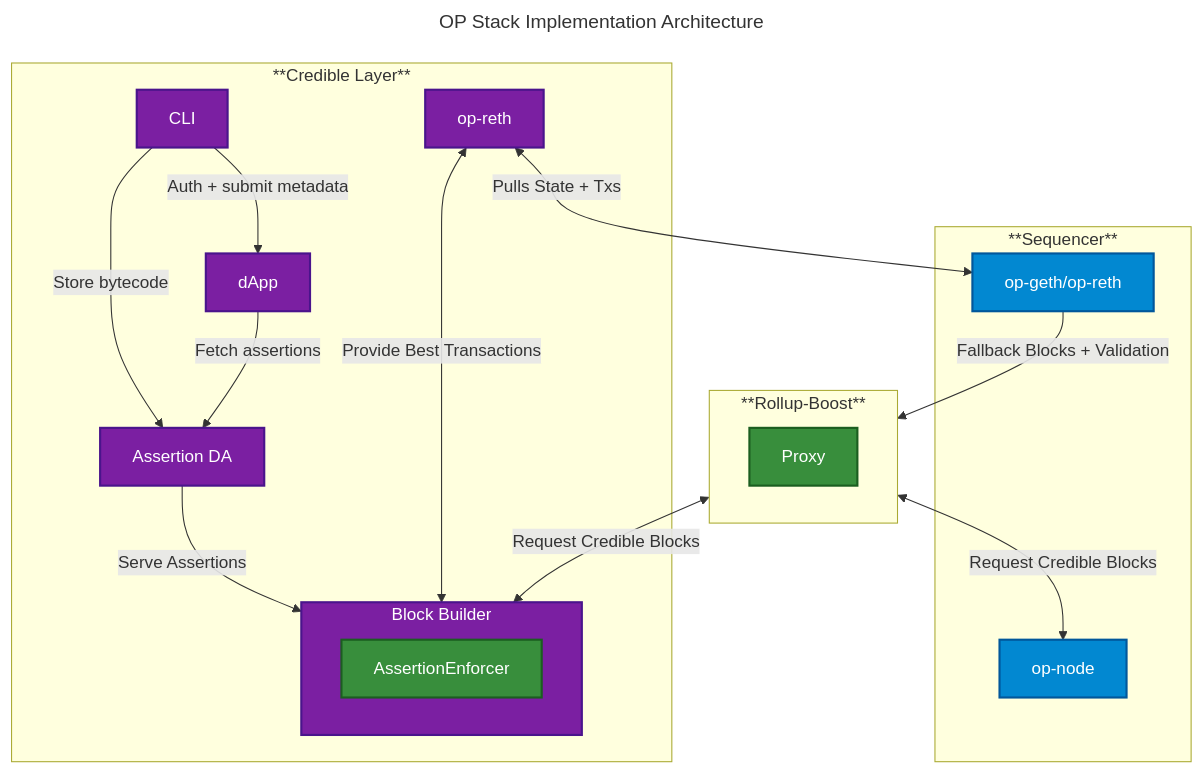
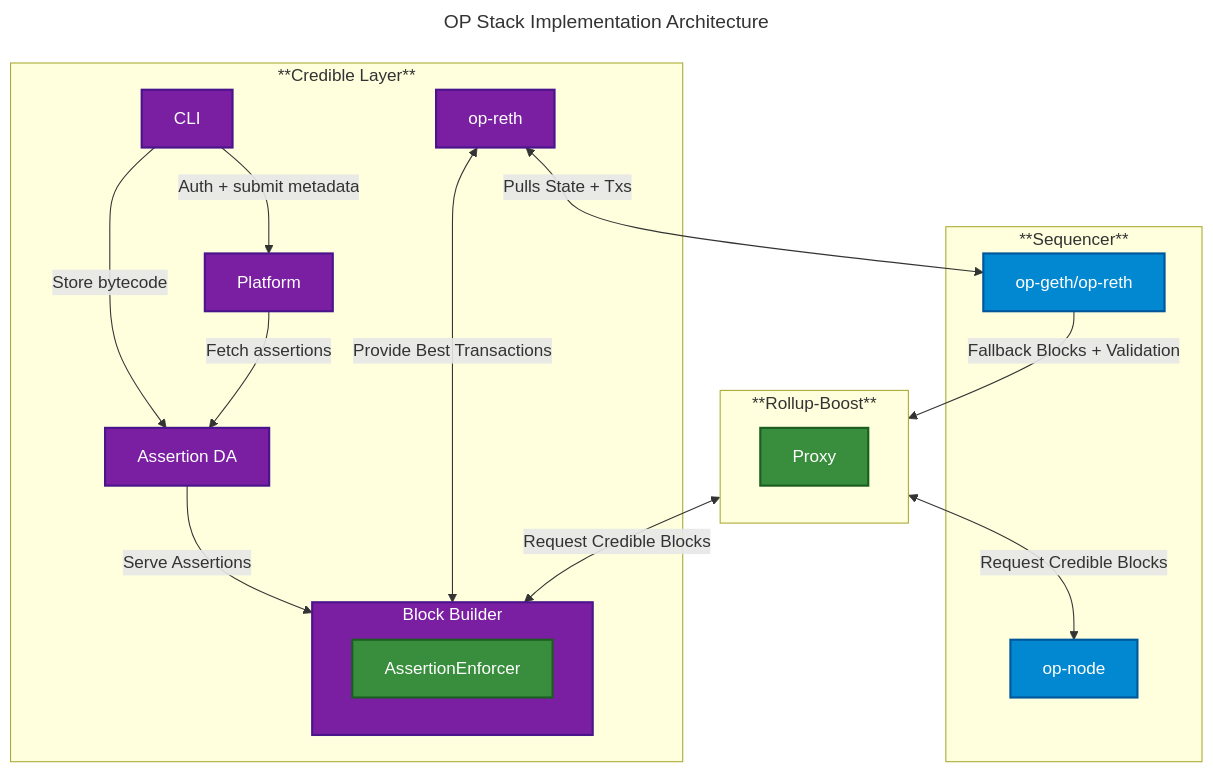
The diagram in credible/network-integrations/architecture-op-stack.mdx (phylaxsystems/phylax-docs), drawn with Mermaid before and after one commit. The commit also changed other lines of this file and 74 other files, not shown here.

````diff
--- a/credible/network-integrations/architecture-op-stack.mdx
+++ b/credible/network-integrations/architecture-op-stack.mdx
@@ -18,45 +18,45 @@
 ```mermaid
 ---
 title: OP Stack Implementation Architecture
 ---
 flowchart TD
 
 classDef sequencer fill:#0288d1,stroke:#01579b,stroke-width:2px,color:#fff
 classDef credible fill:#7b1fa2,stroke:#4a148c,stroke-width:2px,color:#fff
 classDef rollupBoost fill:#388e3c,stroke:#1b5e20,stroke-width:2px,color:#fff
 
 subgraph Sequencer[**Sequencer**]
     SequencerCL[op-node]
     SequencerEL[op-geth/op-reth]
 end
 
 subgraph CredibleLayer[**Credible Layer**]
     AssertionEnforcerEL[op-reth]
     AssertionEnforcerCLI[CLI]
-    AssertionEnforcerDapp[dApp]
+    AssertionEnforcerDapp[Platform]
     AssertionDA[Assertion DA]
     subgraph AssertionEnforcerBlockBuilder[Block Builder]
         AssertionEnforcer
     end
 end
 
 subgraph RollupBoost[**Rollup-Boost**]
     RollupBoostProxy[Proxy]
 end
 
 SequencerEL --> |Fallback Blocks + Validation| RollupBoost
 
 AssertionDA --> |Serve Assertions| AssertionEnforcerBlockBuilder
 AssertionEnforcerCLI --> |Store bytecode| AssertionDA
 AssertionEnforcerCLI --> |Auth + submit metadata| AssertionEnforcerDapp
 AssertionEnforcerDapp --> |Fetch assertions| AssertionDA
 
 AssertionEnforcerEL <--> |Pulls State + Txs| SequencerEL
 AssertionEnforcerEL <--> |Provide Best Transactions| AssertionEnforcerBlockBuilder
 RollupBoost <--> |Request Credible Blocks| AssertionEnforcerBlockBuilder
 RollupBoost <--> |Request Credible Blocks| SequencerCL
 
 class SequencerCL,SequencerEL sequencer
 class AssertionEnforcerBlockBuilder,AssertionEnforcerEL,AssertionEnforcerCLI,AssertionEnforcerDapp,AssertionDA credible
 class RollupBoostProxy,AssertionEnforcer rollupBoost
 ```
````
